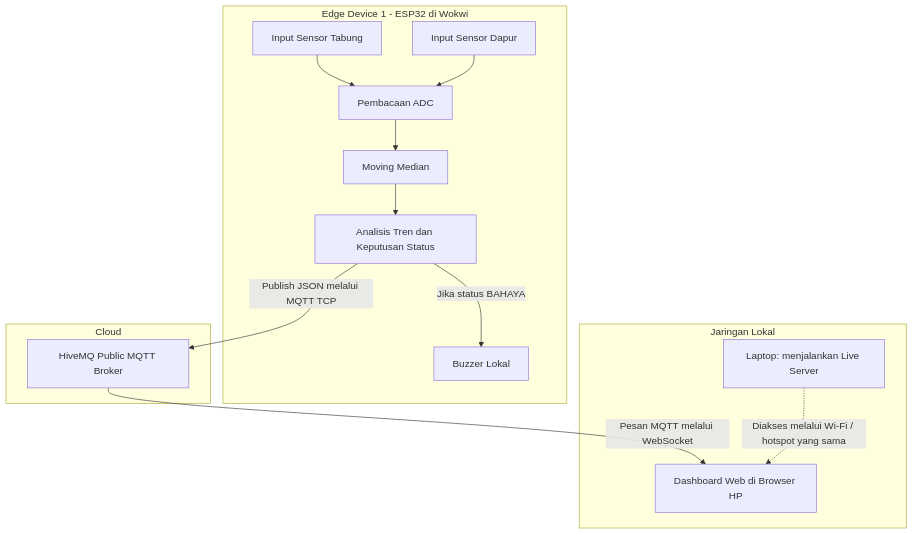
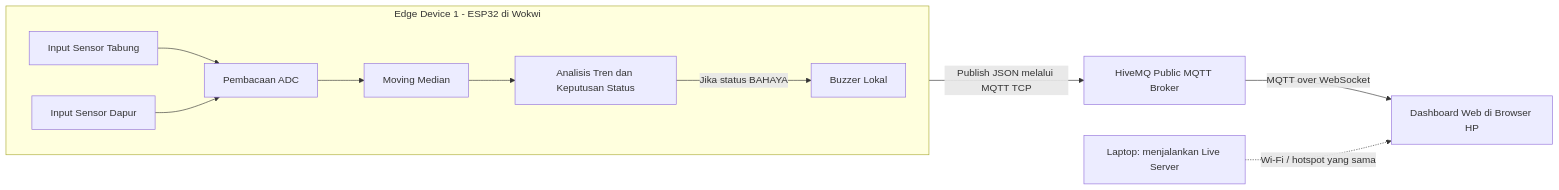
Before and after one commit to itsarney/GasGuard-GG--Sistem-Deteksi-Kebocoran-Gas-LPG: the diagram in docs/ARCHITECTURE.md, drawn with Mermaid.

````diff
--- a/docs/ARCHITECTURE.md
+++ b/docs/ARCHITECTURE.md
@@ -12,31 +12,24 @@
 ```mermaid
-flowchart TD
+flowchart LR
     subgraph W["Edge Device 1 - ESP32 di Wokwi"]
+        direction LR
         A["Input Sensor Tabung"]
         B["Input Sensor Dapur"]
         C["Pembacaan ADC"]
         D["Moving Median"]
         E["Analisis Tren dan Keputusan Status"]
         F["Buzzer Lokal"]
 
         A --> C
         B --> C
         C --> D
         D --> E
         E -->|"Jika status BAHAYA"| F
     end
 
-    E -->|"Publish JSON melalui MQTT TCP"| G
+    E -->|"Publish JSON melalui MQTT TCP"| G["HiveMQ Public MQTT Broker"]
 
-    subgraph CLOUD["Cloud"]
-        G["HiveMQ Public MQTT Broker"]
-    end
+    G -->|"MQTT over WebSocket"| I["Dashboard Web di Browser HP"]
 
-    G -->|"Pesan MQTT melalui WebSocket"| I
-
-    subgraph LOCAL["Jaringan Lokal"]
-        J["Laptop: menjalankan Live Server"]
-        I["Dashboard Web di Browser HP"]
-        J -.->|"Diakses melalui Wi-Fi / hotspot yang sama"| I
-    end
+    J["Laptop: menjalankan Live Server"] -.->|"Wi-Fi / hotspot yang sama"| I
 ```
````
